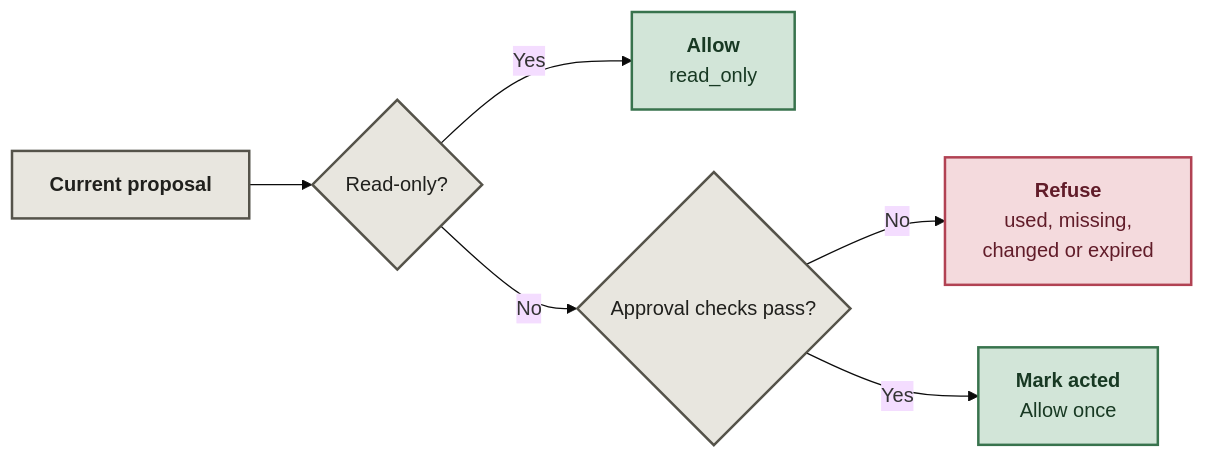
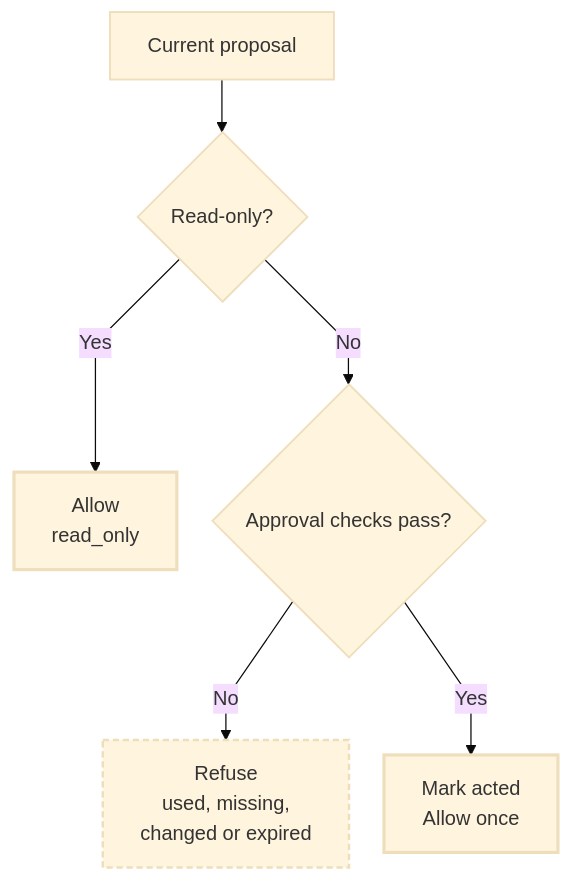
Before and after one commit to Niyam-Paneru/human-gated-research: the second of 2 diagrams in README.md, drawn with Mermaid (base theme). The commit also changed other lines of this file, not shown here.

Commit message:
Improve Mermaid layout and light-dark theme readability

````diff
--- a/README.md
+++ b/README.md
@@ -35,14 +45,23 @@
 ```mermaid
-flowchart LR
-    A["<b>Current proposal</b>"] --> R{"Read-only?"}
-    R -- Yes --> L["<b>Allow</b><br/>read_only"]
+---
+config:
+  flowchart:
+    curve: linear
+    nodeSpacing: 28
+    rankSpacing: 42
+---
+flowchart TB
+    accTitle: Authorization: check again at the action boundary
+    accDescr: Decision flow for authorization: check again at the action boundary.
+    A["Current proposal"] --> R{"Read-only?"}
+    R -- Yes --> L["Allow<br/>read_only"]
     R -- No --> G{"Approval checks pass?"}
-    G -- No --> X["<b>Refuse</b><br/>used, missing,<br/>changed or expired"]
-    G -- Yes --> O["<b>Mark acted</b><br/>Allow once"]
-    classDef input fill:#e8e6df,stroke:#55534a,color:#20201d,stroke-width:2px;
-    classDef pass fill:#d2e5d8,stroke:#38734d,color:#183923,stroke-width:2px;
-    classDef stop fill:#f4dadd,stroke:#b14253,color:#611c29,stroke-width:2px;
+    G -- No --> X["Refuse<br/>used, missing,<br/>changed or expired"]
+    G -- Yes --> O["Mark acted<br/>Allow once"]
+    classDef input stroke-width:1.5px;
+    classDef pass stroke-width:2.5px;
+    classDef stop stroke-width:2px,stroke-dasharray:5 3;
     class A,R,G input;
     class L,O pass;
     class X stop;
 ```
````
